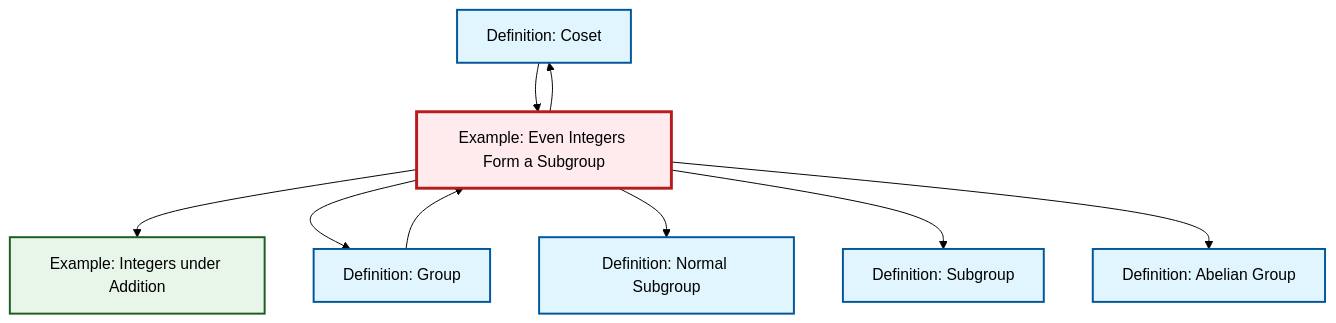
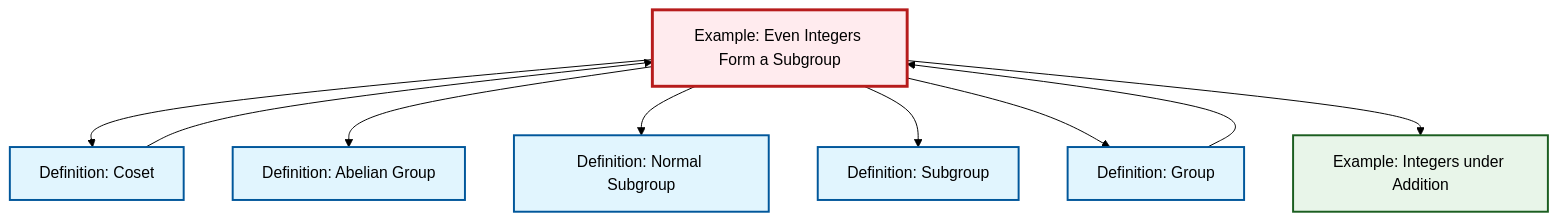
Before and after one commit to RK0429/ModernMath: the diagram in content/ja/algebra/ex-even-integers-subgroup.qmd, drawn with Mermaid (forest theme). The commit also changed other lines of this file and 597 other files, not shown here.

````diff
--- a/content/ja/algebra/ex-even-integers-subgroup.qmd
+++ b/content/ja/algebra/ex-even-integers-subgroup.qmd
@@ -52,31 +52,31 @@
 ```{mermaid}
 %%| fig-cap: "Local dependency graph"
 graph TD
     classDef definition fill:#e1f5fe,stroke:#01579b,stroke-width:2px
     classDef theorem fill:#f3e5f5,stroke:#4a148c,stroke-width:2px
     classDef axiom fill:#fff3e0,stroke:#e65100,stroke-width:2px
     classDef example fill:#e8f5e9,stroke:#1b5e20,stroke-width:2px
     classDef current fill:#ffebee,stroke:#b71c1c,stroke-width:3px
+    ex-even-integers-subgroup["Example: Even Integers Form a Subgroup"]:::example
+    ex-integers-addition["Example: Integers under Addition"]:::example
+    def-coset["Definition: Coset"]:::definition
+    def-normal-subgroup["Definition: Normal Subgroup"]:::definition
+    def-abelian-group["Definition: Abelian Group"]:::definition
     def-subgroup["Definition: Subgroup"]:::definition
-    def-abelian-group["Definition: Abelian Group"]:::definition
-    def-coset["Definition: Coset"]:::definition
-    ex-integers-addition["Example: Integers under Addition"]:::example
     def-group["Definition: Group"]:::definition
-    ex-even-integers-subgroup["Example: Even Integers Form a Subgroup"]:::example
-    def-normal-subgroup["Definition: Normal Subgroup"]:::definition
-    ex-even-integers-subgroup --> ex-integers-addition
-    ex-even-integers-subgroup --> def-group
+    def-coset --> ex-even-integers-subgroup
+    def-group --> ex-even-integers-subgroup
+    ex-even-integers-subgroup --> def-coset
+    ex-even-integers-subgroup --> def-abelian-group
     ex-even-integers-subgroup --> def-normal-subgroup
     ex-even-integers-subgroup --> def-subgroup
-    ex-even-integers-subgroup --> def-coset
-    def-group --> ex-even-integers-subgroup
-    def-coset --> ex-even-integers-subgroup
-    ex-even-integers-subgroup --> def-abelian-group
+    ex-even-integers-subgroup --> def-group
+    ex-even-integers-subgroup --> ex-integers-addition
     class ex-even-integers-subgroup current
+    click ex-integers-addition "ex-integers-addition.html" "Example: Integers under Additionへ"
+    click def-coset "def-coset.html" "Definition: Cosetへ"
+    click def-normal-subgroup "def-normal-subgroup.html" "Definition: Normal Subgroupへ"
+    click def-abelian-group "def-abelian-group.html" "Definition: Abelian Groupへ"
     click def-subgroup "def-subgroup.html" "Definition: Subgroupへ"
-    click def-abelian-group "def-abelian-group.html" "Definition: Abelian Groupへ"
-    click def-coset "def-coset.html" "Definition: Cosetへ"
-    click ex-integers-addition "ex-integers-addition.html" "Example: Integers under Additionへ"
     click def-group "def-group.html" "Definition: Groupへ"
-    click def-normal-subgroup "def-normal-subgroup.html" "Definition: Normal Subgroupへ"
 ```
````
